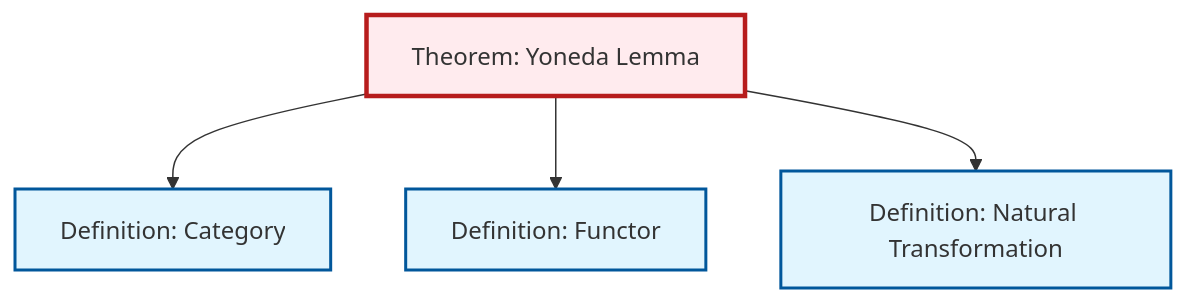
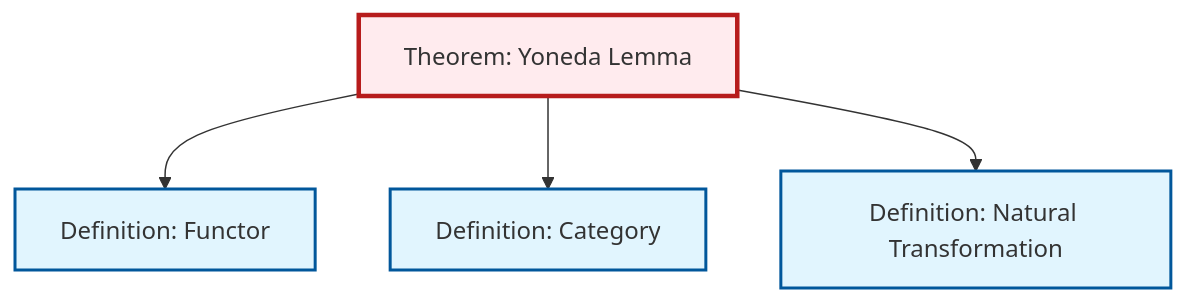
The diagram in content/ja/category-theory/thm-yoneda.qmd (RK0429/ModernMath), drawn with Mermaid before and after one commit. The commit also changed other lines of this file and 615 other files, not shown here.

````diff
--- a/content/ja/category-theory/thm-yoneda.qmd
+++ b/content/ja/category-theory/thm-yoneda.qmd
@@ -96,20 +96,20 @@
 ```{mermaid}
 %%| fig-cap: "Local dependency graph"
 graph TD
     classDef definition fill:#e1f5fe,stroke:#01579b,stroke-width:2px
     classDef theorem fill:#f3e5f5,stroke:#4a148c,stroke-width:2px
     classDef axiom fill:#fff3e0,stroke:#e65100,stroke-width:2px
     classDef example fill:#e8f5e9,stroke:#1b5e20,stroke-width:2px
     classDef current fill:#ffebee,stroke:#b71c1c,stroke-width:3px
+    def-natural-transformation["Definition: Natural Transformation"]:::definition
+    thm-yoneda["Theorem: Yoneda Lemma"]:::theorem
     def-functor["Definition: Functor"]:::definition
-    thm-yoneda["Theorem: Yoneda Lemma"]:::theorem
     def-category["Definition: Category"]:::definition
-    def-natural-transformation["Definition: Natural Transformation"]:::definition
+    thm-yoneda --> def-functor
     thm-yoneda --> def-category
-    thm-yoneda --> def-functor
     thm-yoneda --> def-natural-transformation
     class thm-yoneda current
+    click def-natural-transformation "def-natural-transformation.html" "Definition: Natural Transformationへ"
     click def-functor "def-functor.html" "Definition: Functorへ"
     click def-category "def-category.html" "Definition: Categoryへ"
-    click def-natural-transformation "def-natural-transformation.html" "Definition: Natural Transformationへ"
 ```
````
